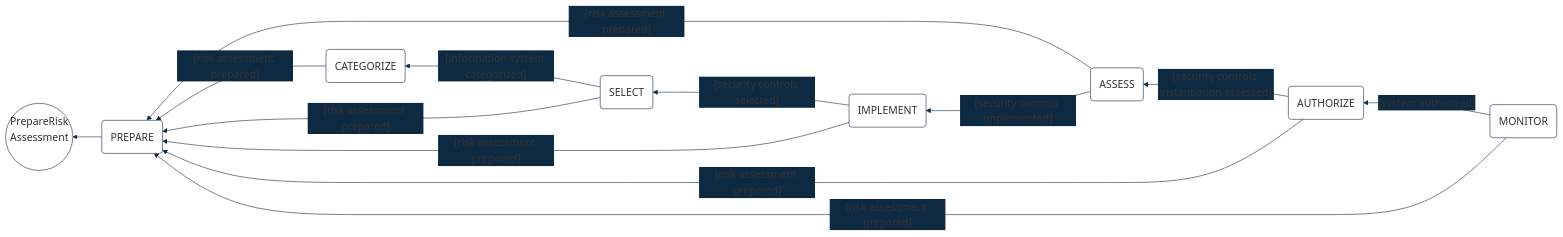
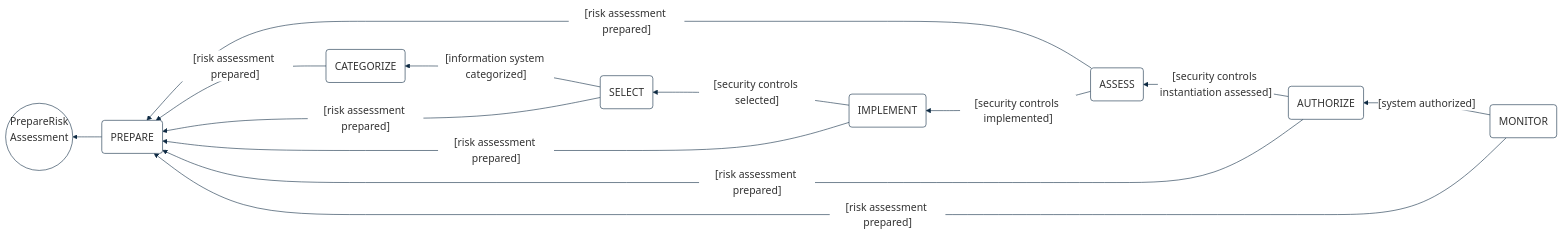
The diagram in implementations-line/features/workflow-process/defense-template/risk-management-framework.md (cybnity/foundation), drawn with Mermaid before and after one commit.

````diff
--- a/implementations-line/features/workflow-process/defense-template/risk-management-framework.md
+++ b/implementations-line/features/workflow-process/defense-template/risk-management-framework.md
@@ -15,31 +15,33 @@
 ```mermaid
 %%{
   init: {
     'theme': 'base',
     'themeVariables': {
         'background': '#ffffff',
         'fontFamily': 'arial',
         'fontSize': '18px',
         'primaryColor': '#fff',
         'primaryBorderColor': '#0e2a43',
-        'edgeLabelBackground':'#0e2a43',
+        'secondaryBorderColor': '#0e2a43',
+        'tertiaryBorderColor': '#0e2a43',
+        'edgeLabelBackground':'#fff',
         'lineColor': '#0e2a43',
         'tertiaryColor': '#fff'
     }
   }
 }%%
 graph RL
   prepare("PREPARE") --> id(("PrepareRisk<br>Assessment<br><br>"))
   assess("ASSESS") -- "[risk assessment prepared]" --> prepare
   assess -- "[security controls implemented]" --> implement("IMPLEMENT")
   categorize("CATEGORIZE") -- "[risk assessment prepared]" --> prepare
   select("SELECT") -- "[risk assessment prepared]" --> prepare
   select -- "[information system categorized]" --> categorize
   implement -- "[risk assessment prepared]" --> prepare
   implement -- "[security controls selected]" --> select
   authorize("AUTHORIZE") -- "[risk assessment prepared]" --> prepare
   authorize -- "[security controls instantiation assessed]" --> assess
   monitor("MONITOR") -- "[risk assessment prepared]" --> prepare
   monitor -- "[system authorized]" --> authorize
 
 ```
````
